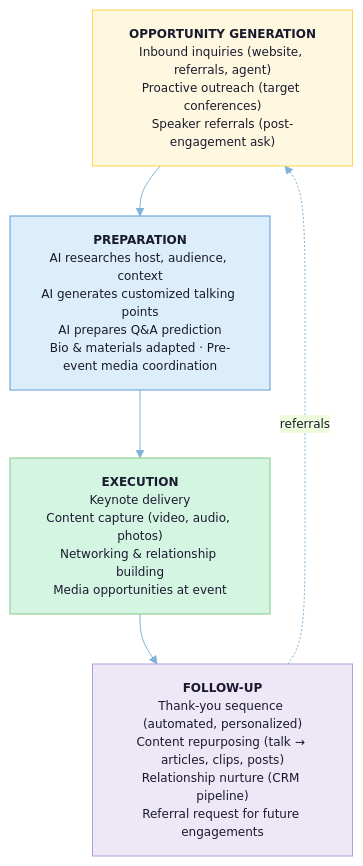
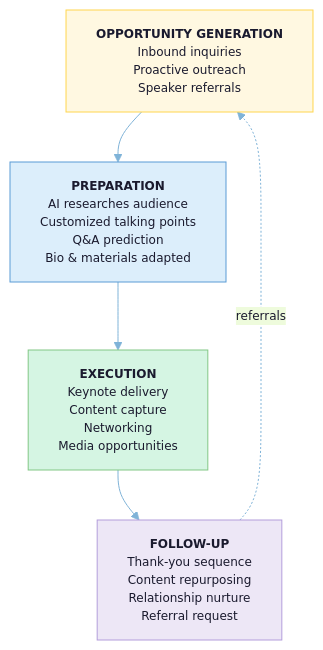
Diagram 24 of 30 in legal-vault/proposals/cho-ventures-master-project-plan-2026-02-25.md (Light-Brands/qie), drawn with Mermaid before and after one commit. The commit also changed other lines of this file, not shown here.

First line of the commit message:
Fix Mermaid diagram text overflow: break long node labels into shorter lines

````diff
--- a/legal-vault/proposals/cho-ventures-master-project-plan-2026-02-25.md
+++ b/legal-vault/proposals/cho-ventures-master-project-plan-2026-02-25.md
@@ -2214,16 +2214,16 @@
 ```mermaid
 %%{init: {'theme': 'base', 'themeVariables': {'primaryColor': '#DCEEFB', 'primaryTextColor': '#1a1a2e', 'lineColor': '#7FB3D8', 'fontSize': '12px'}}}%%
 flowchart TB
     classDef gen fill:#FFF8E1,stroke:#FFD54F,color:#1a1a2e
     classDef prep fill:#DCEEFB,stroke:#5B9BD5,color:#1a1a2e
     classDef exec fill:#D5F5E3,stroke:#82C785,color:#1a1a2e
     classDef follow fill:#EDE7F6,stroke:#B39DDB,color:#1a1a2e
 
-    GEN["<b>OPPORTUNITY GENERATION</b><br/>Inbound inquiries (website, referrals, agent)<br/>Proactive outreach (target conferences)<br/>Speaker referrals (post-engagement ask)"]:::gen
-    PREP["<b>PREPARATION</b><br/>AI researches host, audience, context<br/>AI generates customized talking points<br/>AI prepares Q&A prediction<br/>Bio & materials adapted · Pre-event media coordination"]:::prep
-    EXEC["<b>EXECUTION</b><br/>Keynote delivery<br/>Content capture (video, audio, photos)<br/>Networking & relationship building<br/>Media opportunities at event"]:::exec
-    FOLLOW["<b>FOLLOW-UP</b><br/>Thank-you sequence (automated, personalized)<br/>Content repurposing (talk → articles, clips, posts)<br/>Relationship nurture (CRM pipeline)<br/>Referral request for future engagements"]:::follow
+    GEN["<b>OPPORTUNITY GENERATION</b><br/>Inbound inquiries<br/>Proactive outreach<br/>Speaker referrals"]:::gen
+    PREP["<b>PREPARATION</b><br/>AI researches audience<br/>Customized talking points<br/>Q&A prediction<br/>Bio & materials adapted"]:::prep
+    EXEC["<b>EXECUTION</b><br/>Keynote delivery<br/>Content capture<br/>Networking<br/>Media opportunities"]:::exec
+    FOLLOW["<b>FOLLOW-UP</b><br/>Thank-you sequence<br/>Content repurposing<br/>Relationship nurture<br/>Referral request"]:::follow
 
     GEN --> PREP --> EXEC --> FOLLOW
     FOLLOW -.->|referrals| GEN
 ```
````
